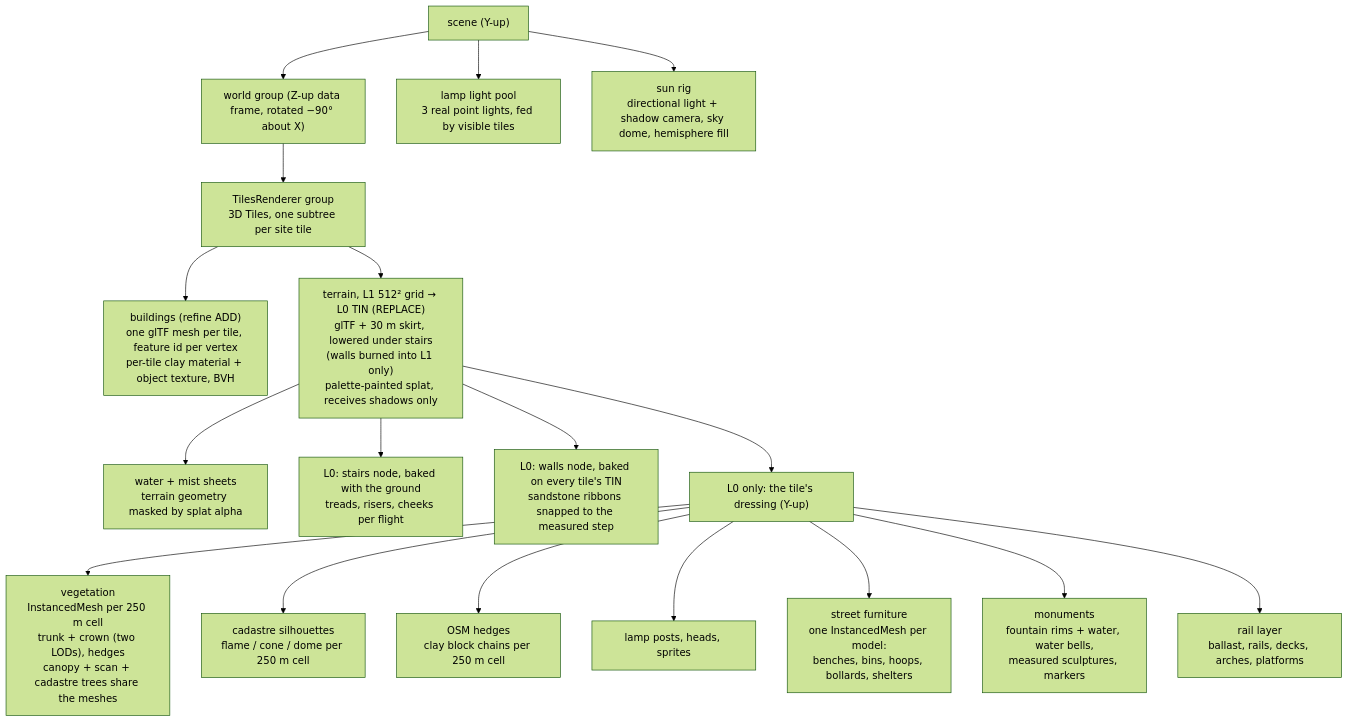
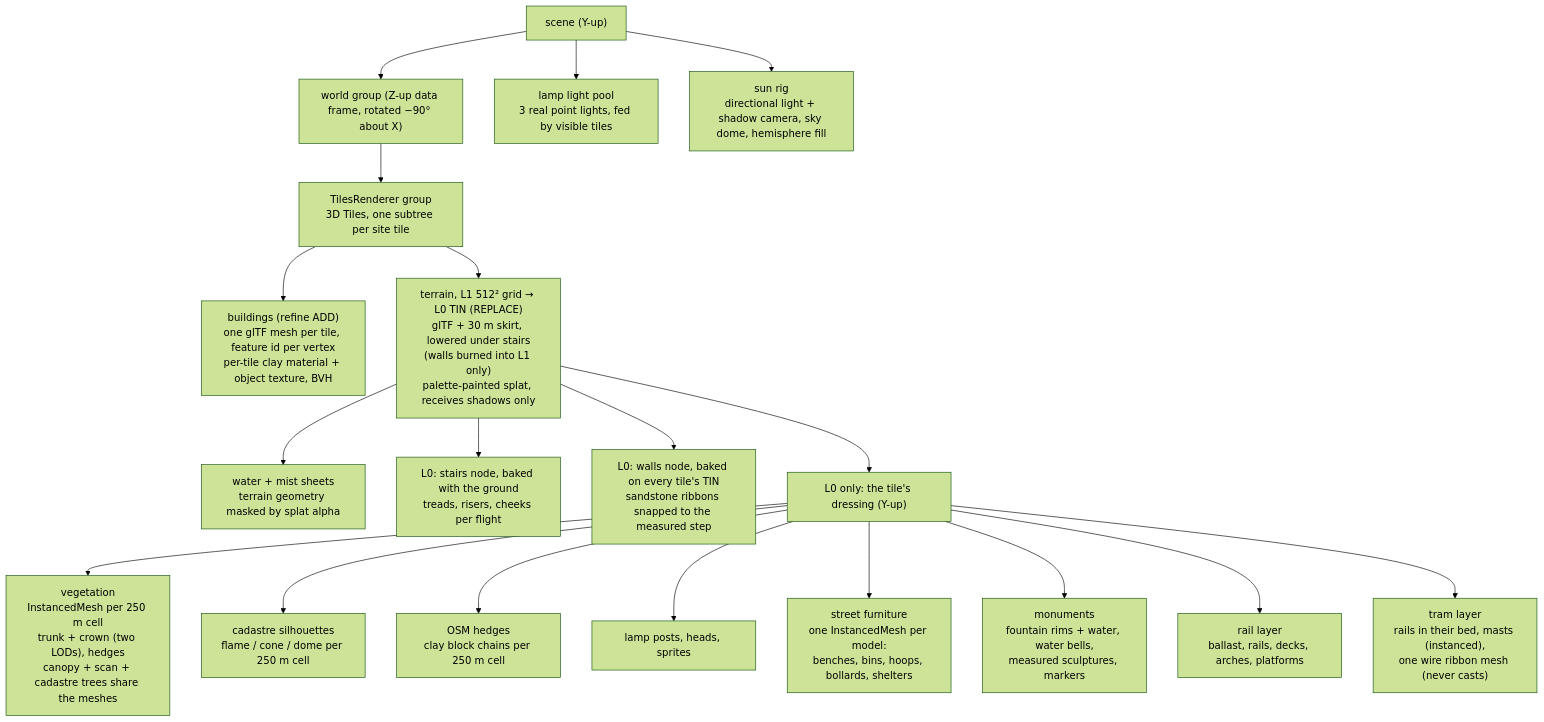
The first of 2 diagrams in docs/rendering.md (mdugue/bridge), drawn with Mermaid (forest theme) before and after one commit. The commit also changed other lines of this file and 41 other files, not shown here.

First line of the commit message:
feat(tram): OSM trams — tracks in their bed, masts and the overhead line

````diff
--- a/docs/rendering.md
+++ b/docs/rendering.md
@@ -25,23 +25,24 @@
 ```mermaid
 flowchart TB
   SCENE["scene (Y-up)"]
   WORLD["world group (Z-up data frame, rotated −90° about X)"]
   TILES["TilesRenderer group<br/>3D Tiles, one subtree per site tile"]
   SCENE --> WORLD
   WORLD --> TILES
   TILES --> CITY["buildings (refine ADD)<br/>one glTF mesh per tile, feature id per vertex<br/>per-tile clay material + object texture, BVH"]
   TILES --> TER["terrain, L1 512² grid → L0 TIN (REPLACE)<br/>glTF + 30 m skirt, lowered under stairs<br/>(walls burned into L1 only)<br/>palette-painted splat, receives shadows only"]
   TER --> WAT["water + mist sheets<br/>terrain geometry masked by splat alpha"]
   TER --> STAIR["L0: stairs node, baked with the ground<br/>treads, risers, cheeks per flight"]
   TER --> WALL["L0: walls node, baked on every tile's TIN<br/>sandstone ribbons snapped to the measured step"]
   TER --> DRESS["L0 only: the tile's dressing (Y-up)"]
   DRESS --> VEG["vegetation<br/>InstancedMesh per 250 m cell<br/>trunk + crown (two LODs), hedges<br/>canopy + scan + cadastre trees share the meshes"]
   DRESS --> INV["cadastre silhouettes<br/>flame / cone / dome per 250 m cell"]
   DRESS --> LOW["OSM hedges<br/>clay block chains per 250 m cell"]
   DRESS --> LAMP["lamp posts, heads, sprites"]
   DRESS --> FURN["street furniture<br/>one InstancedMesh per model:<br/>benches, bins, hoops, bollards, shelters"]
   DRESS --> MON["monuments<br/>fountain rims + water, water bells,<br/>measured sculptures, markers"]
   DRESS --> RAIL["rail layer<br/>ballast, rails, decks, arches, platforms"]
+  DRESS --> TRAM["tram layer<br/>rails in their bed, masts (instanced),<br/>one wire ribbon mesh (never casts)"]
   SCENE --> LIGHTS["lamp light pool<br/>3 real point lights, fed by visible tiles"]
   SCENE --> SUN["sun rig<br/>directional light + shadow camera, sky dome, hemisphere fill"]
 ```
````
